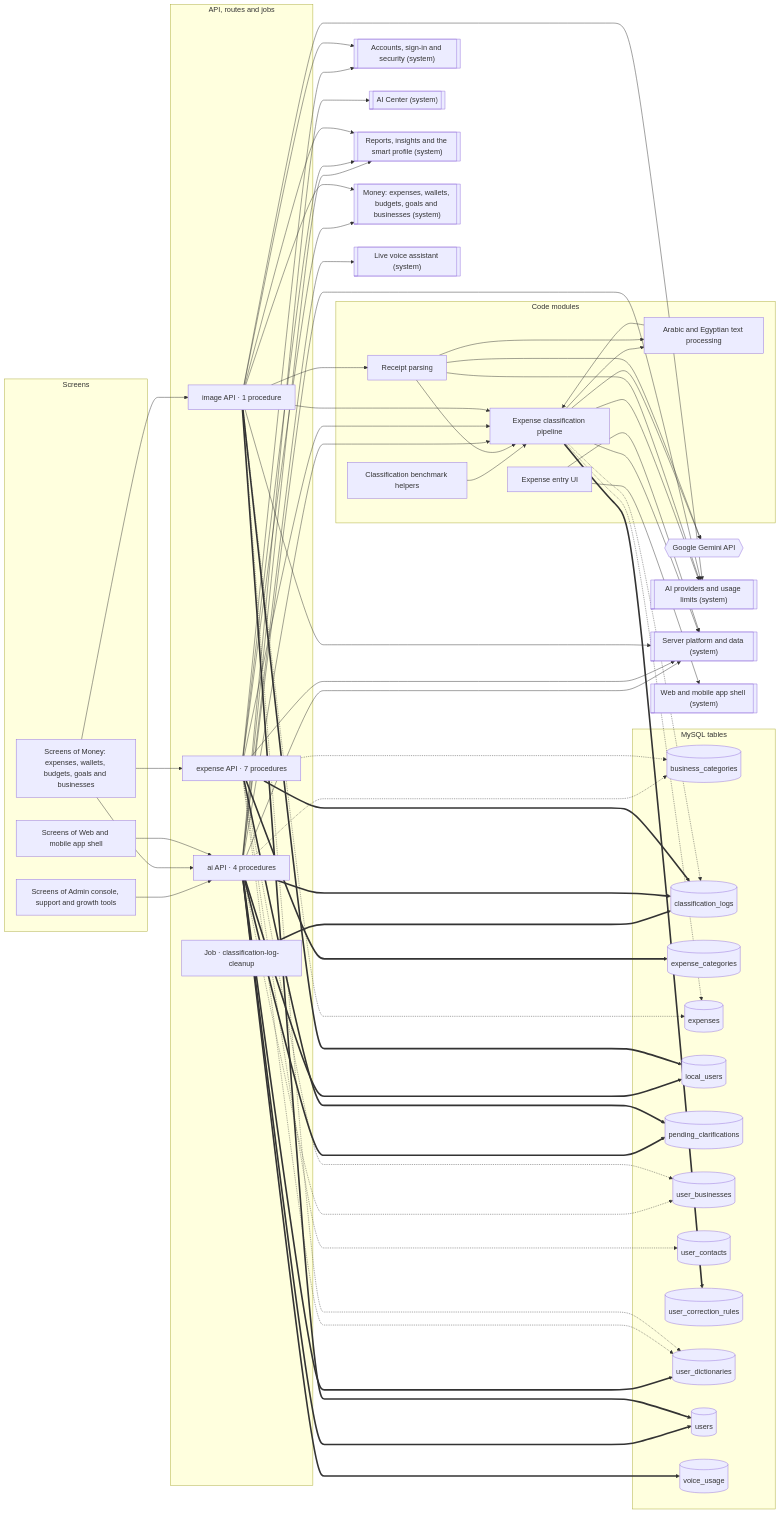
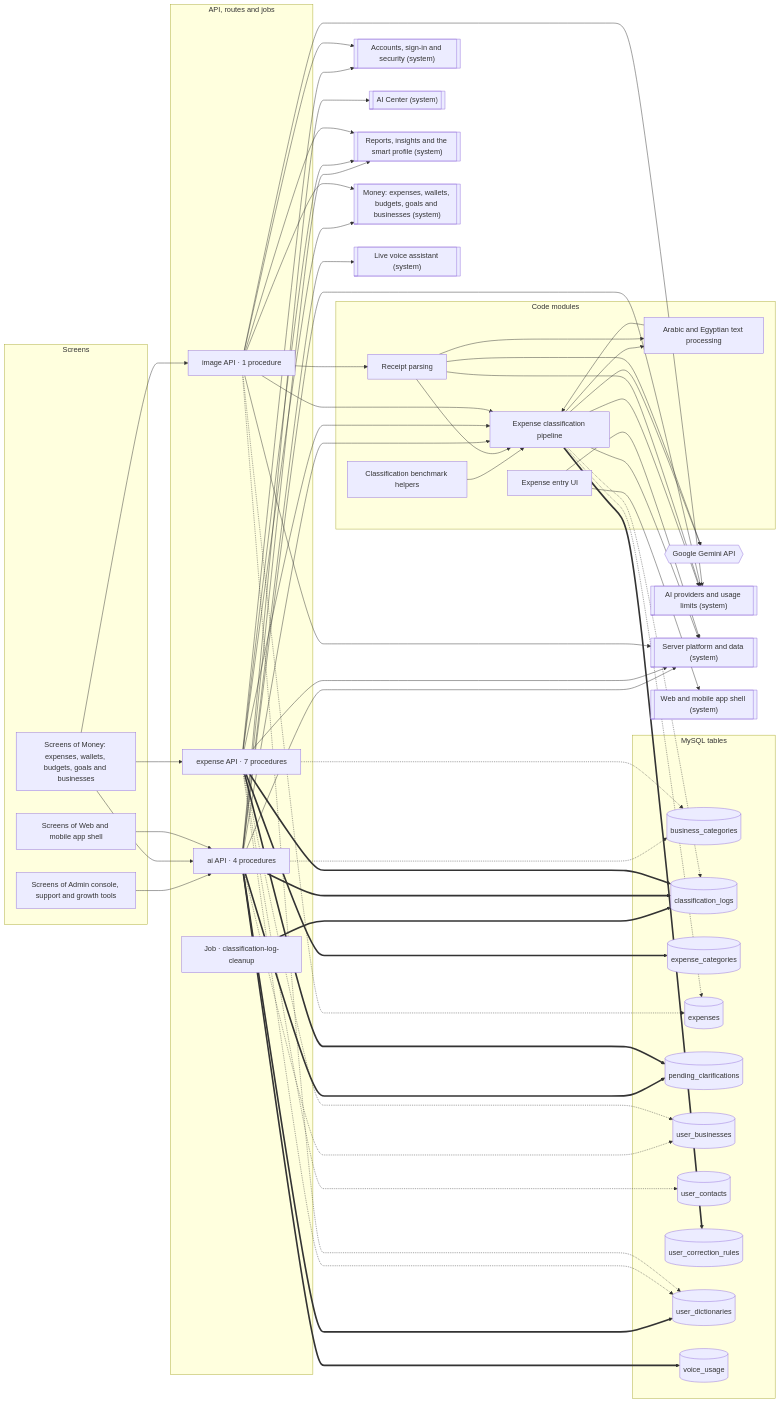
One commit to mahmoudtaherr111/smartspend_mini_all changed the first of 2 diagrams in docs/atlas/systems/expense-capture.md. Above: the diagram before and after it, drawn with Mermaid. The commit also changed other lines of this file and 27 other files, not shown here.

```diff
--- a/docs/atlas/systems/expense-capture.md
+++ b/docs/atlas/systems/expense-capture.md
@@ -35,13 +35,11 @@
     tbl_classification_logs[("classification_logs")]
     tbl_expense_categories[("expense_categories")]
     tbl_expenses[("expenses")]
-    tbl_local_users[("local_users")]
     tbl_pending_clarifications[("pending_clarifications")]
     tbl_user_businesses[("user_businesses")]
     tbl_user_contacts[("user_contacts")]
     tbl_user_correction_rules[("user_correction_rules")]
     tbl_user_dictionaries[("user_dictionaries")]
-    tbl_users[("users")]
     tbl_voice_usage[("voice_usage")]
   end
   ext_gemini{{"Google Gemini API"}}
@@ -78,10 +76,8 @@
   router_ai -.-> tbl_business_categories
   router_ai -.-> tbl_user_businesses
   router_ai ==> tbl_classification_logs
-  router_ai ==> tbl_local_users
   router_ai ==> tbl_pending_clarifications
   router_ai ==> tbl_user_dictionaries
-  router_ai ==> tbl_users
   router_ai ==> tbl_voice_usage
   router_expense --> mod_classification
   router_expense --> sys_accounts
@@ -104,8 +100,6 @@
   router_image --> sys_platform
   router_image -.-> tbl_expenses
   router_image -.-> tbl_user_dictionaries
-  router_image ==> tbl_local_users
-  router_image ==> tbl_users
   screens_admin --> router_ai
   screens_money --> router_ai
   screens_money --> router_expense
```
